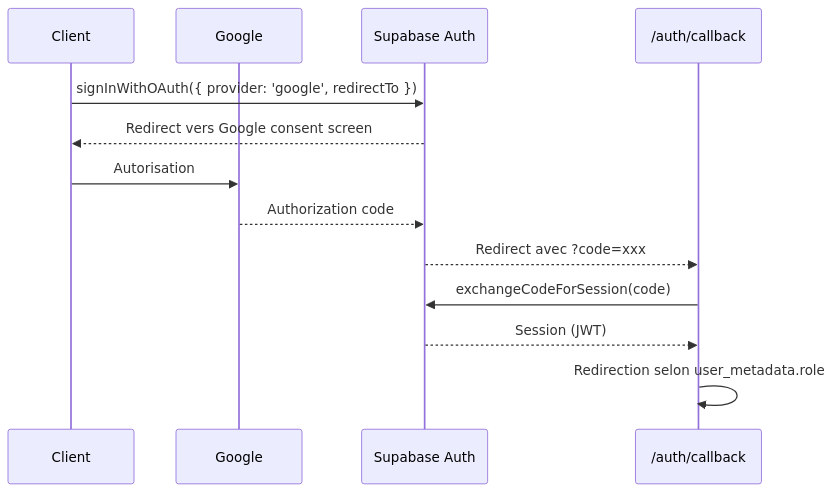
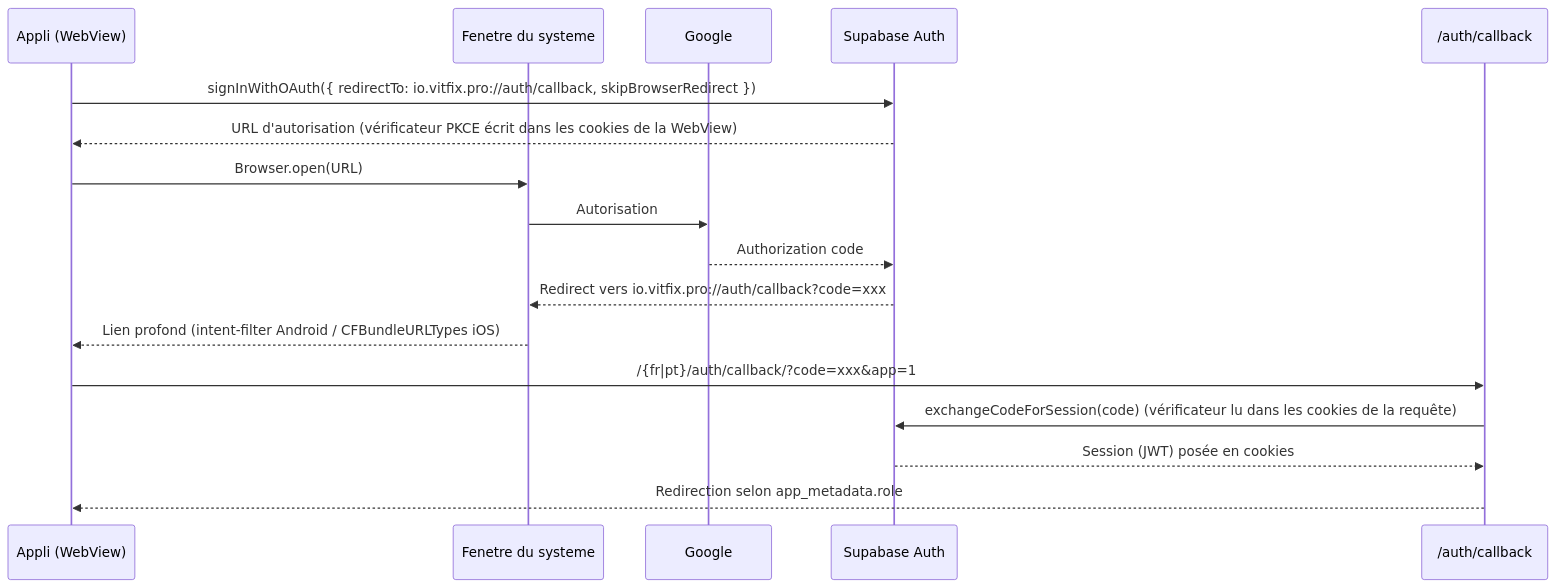
The third of 3 diagrams in docs/authentication-security.md (cvlhofrederic-art/fixit-production), drawn with Mermaid before and after one commit. The commit also changed other lines of this file and 18 other files, not shown here.

````diff
--- a/docs/authentication-security.md
+++ b/docs/authentication-security.md
@@ -77,16 +83,20 @@
 ```mermaid
 sequenceDiagram
-    participant C as Client
+    participant A as Appli (WebView)
+    participant N as Fenetre du systeme
     participant G as Google
     participant S as Supabase Auth
     participant CB as /auth/callback
 
-    C->>S: signInWithOAuth({ provider: 'google', redirectTo })
-    S-->>C: Redirect vers Google consent screen
-    C->>G: Autorisation
+    A->>S: signInWithOAuth({ redirectTo: io.vitfix.pro://auth/callback, skipBrowserRedirect })
+    S-->>A: URL d'autorisation (vérificateur PKCE écrit dans les cookies de la WebView)
+    A->>N: Browser.open(URL)
+    N->>G: Autorisation
     G-->>S: Authorization code
-    S-->>CB: Redirect avec ?code=xxx
-    CB->>S: exchangeCodeForSession(code)
-    S-->>CB: Session (JWT)
-    CB->>CB: Redirection selon user_metadata.role
+    S-->>N: Redirect vers io.vitfix.pro://auth/callback?code=xxx
+    N-->>A: Lien profond (intent-filter Android / CFBundleURLTypes iOS)
+    A->>CB: /{fr|pt}/auth/callback/?code=xxx&app=1
+    CB->>S: exchangeCodeForSession(code) (vérificateur lu dans les cookies de la requête)
+    S-->>CB: Session (JWT) posée en cookies
+    CB-->>A: Redirection selon app_metadata.role
 ```
````
